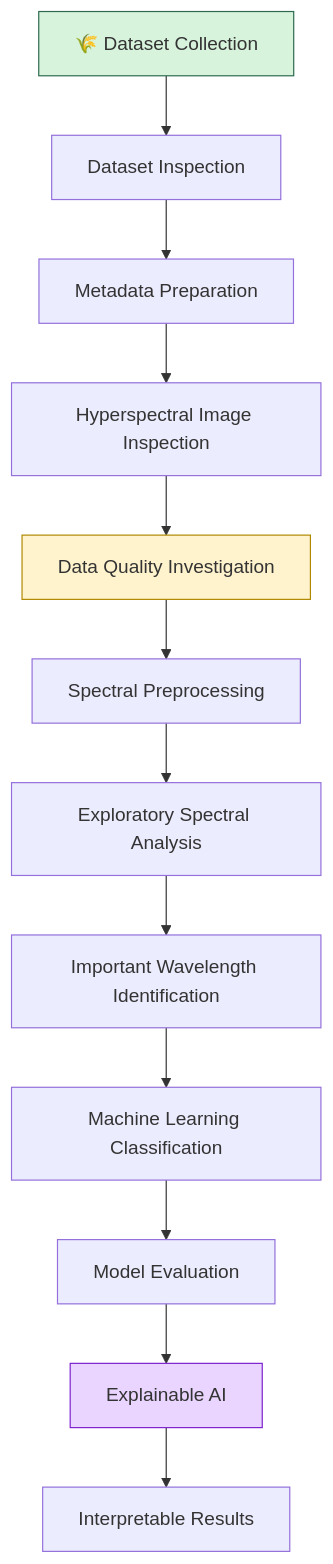
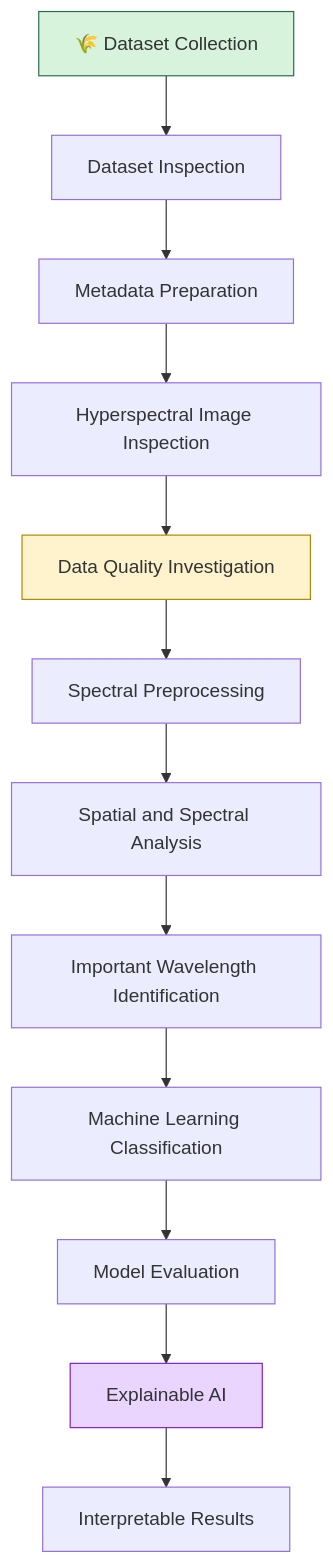
The diagram in README.md (sanjanamdinfo/TerraSpectra-AI), drawn with Mermaid before and after one commit. The commit also changed other lines of this file, not shown here.

Commit message:
Update README with SWIR spatial investigation

````diff
--- a/README.md
+++ b/README.md
@@ -145,18 +163,18 @@
 ```mermaid
 flowchart TD
     A["🌾 Dataset Collection"] --> B["Dataset Inspection"]
     B --> C["Metadata Preparation"]
     C --> D["Hyperspectral Image Inspection"]
     D --> E["Data Quality Investigation"]
     E --> F["Spectral Preprocessing"]
-    F --> G["Exploratory Spectral Analysis"]
+    F --> G["Spatial and Spectral Analysis"]
     G --> H["Important Wavelength Identification"]
     H --> I["Machine Learning Classification"]
     I --> J["Model Evaluation"]
     J --> K["Explainable AI"]
     K --> L["Interpretable Results"]
 
     style A fill:#d8f3dc,stroke:#2d6a4f
     style E fill:#fff3cd,stroke:#b08900
     style K fill:#e9d5ff,stroke:#7e22ce
 ```
````
